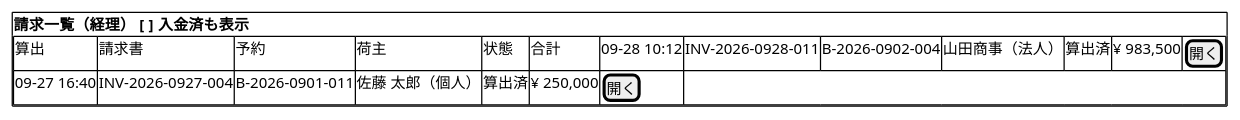
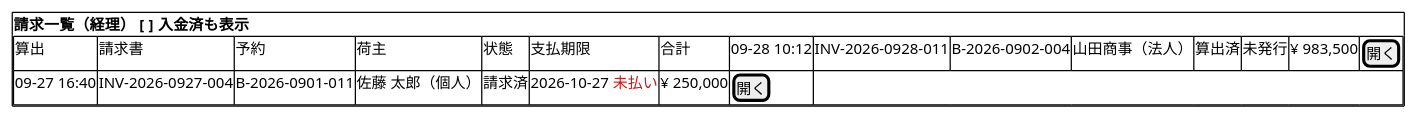
Before and after one commit to k2works/case-study-cargo-tracker: diagram 34 of 44 in docs/design/cargo-tracker/ui_design.md, drawn with PlantUML. The commit also changed other lines of this file and 26 other files, not shown here.

````diff
--- a/docs/design/cargo-tracker/ui_design.md
+++ b/docs/design/cargo-tracker/ui_design.md
@@ -1400,12 +1400,12 @@
 ```plantuml
 @startsalt
 {+
   <b>請求一覧（経理）  [ ] 入金済も表示
   {#
-    算出 | 請求書 | 予約 | 荷主 | 状態 | 合計 |
-    09-28 10:12 | INV-2026-0928-011 | B-2026-0902-004 | 山田商事（法人） | 算出済 | ¥ 983,500 | [開く]
-    09-27 16:40 | INV-2026-0927-004 | B-2026-0901-011 | 佐藤 太郎（個人） | 算出済 | ¥ 250,000 | [開く]
+    算出 | 請求書 | 予約 | 荷主 | 状態 | 支払期限 | 合計 |
+    09-28 10:12 | INV-2026-0928-011 | B-2026-0902-004 | 山田商事（法人） | 算出済 | 未発行 | ¥ 983,500 | [開く]
+    09-27 16:40 | INV-2026-0927-004 | B-2026-0901-011 | 佐藤 太郎（個人） | 請求済 | 2026-10-27 <color:#B91C1C>未払い</color> | ¥ 250,000 | [開く]
   }
 }
 @endsalt
 ```
````
